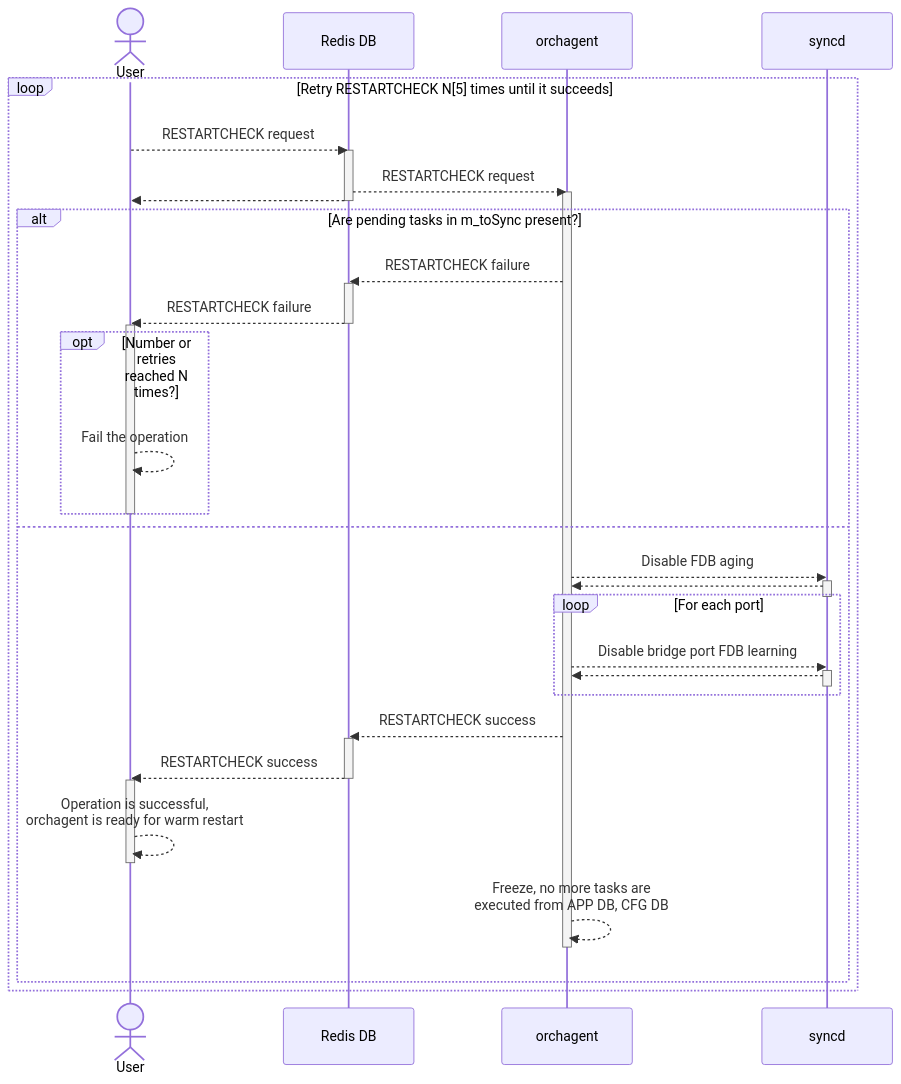
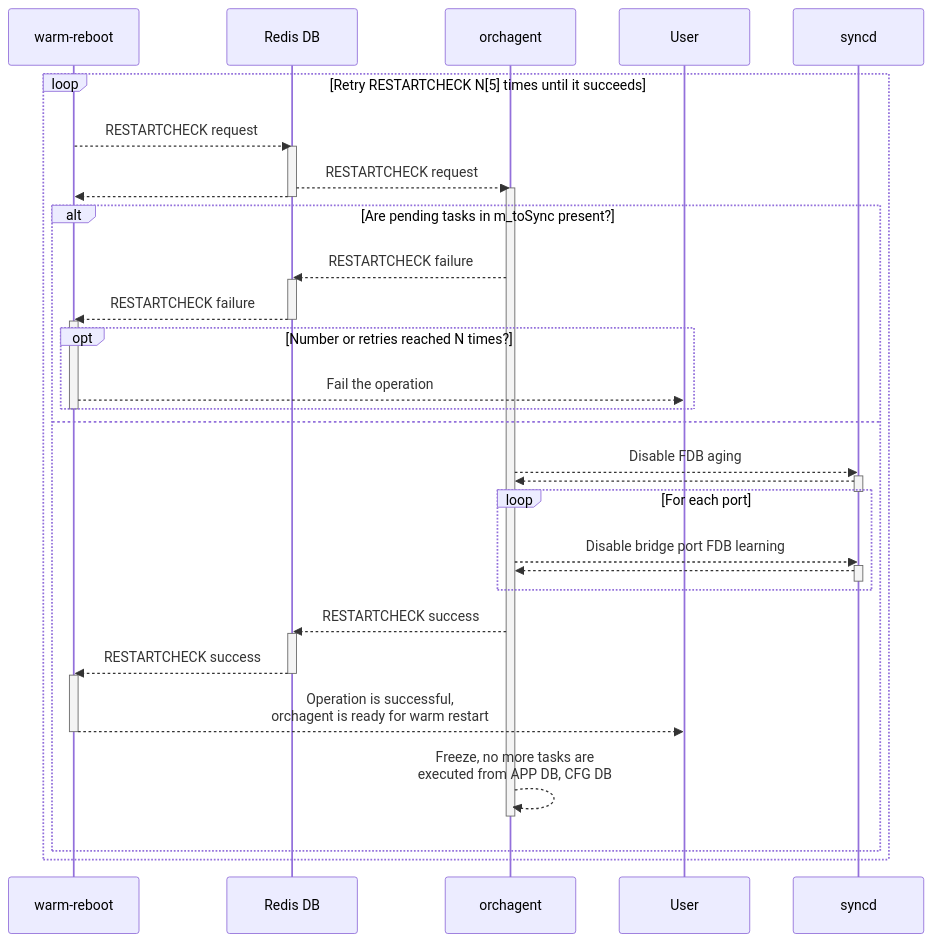
Before and after one commit to stepanblyschak/SONiC: the eighth of 14 diagrams in doc/warm-reboot/wb.md, drawn with Mermaid. The commit also changed other lines of this file, not shown here.

````diff
--- a/doc/warm-reboot/wb.md
+++ b/doc/warm-reboot/wb.md
@@ -426,43 +407,44 @@
 ```mermaid
 sequenceDiagram
-    actor User
+    participant warm-reboot
     loop Retry RESTARTCHECK N[5] times until it succeeds
-        User -->> Redis DB: RESTARTCHECK request
+        warm-reboot -->> Redis DB: RESTARTCHECK request
         activate Redis DB
         Redis DB -->> orchagent: RESTARTCHECK request
         activate orchagent
-        Redis DB -->> User: 
+        Redis DB -->> warm-reboot: 
         deactivate Redis DB
         alt Are pending tasks in m_toSync present?
             orchagent -->> Redis DB: RESTARTCHECK failure
             activate Redis DB
-            Redis DB -->> User: RESTARTCHECK failure
+            Redis DB -->> warm-reboot: RESTARTCHECK failure
             deactivate Redis DB
-            activate User
+            activate warm-reboot
             opt Number or retries reached N times?
-                User -->> User: Fail the operation
+                warm-reboot -->> User: Fail the operation
             end
-            deactivate User
+            deactivate warm-reboot
         else
             orchagent -->> syncd: Disable FDB aging
             activate syncd
             syncd -->> orchagent: 
             deactivate syncd
             loop For each port
                 orchagent -->> syncd: Disable bridge port FDB learning
                 activate syncd
                 syncd -->> orchagent: 
                 deactivate syncd
             end
             orchagent -->> Redis DB: RESTARTCHECK success
             activate Redis DB
-            Redis DB -->> User: RESTARTCHECK success
+            Redis DB -->> warm-reboot: RESTARTCHECK success
             deactivate Redis DB
-            activate User
-            User -->> User: Operation is successful,<br/> orchagent is ready for warm restart
-            deactivate User
+            activate warm-reboot
+            warm-reboot -->> User: Operation is successful,<br/> orchagent is ready for warm restart
+            deactivate warm-reboot
             orchagent -->> orchagent: Freeze, no more tasks are <br/> executed from APP DB, CFG DB
             deactivate orchagent
         end
     end
+
 ```
````
